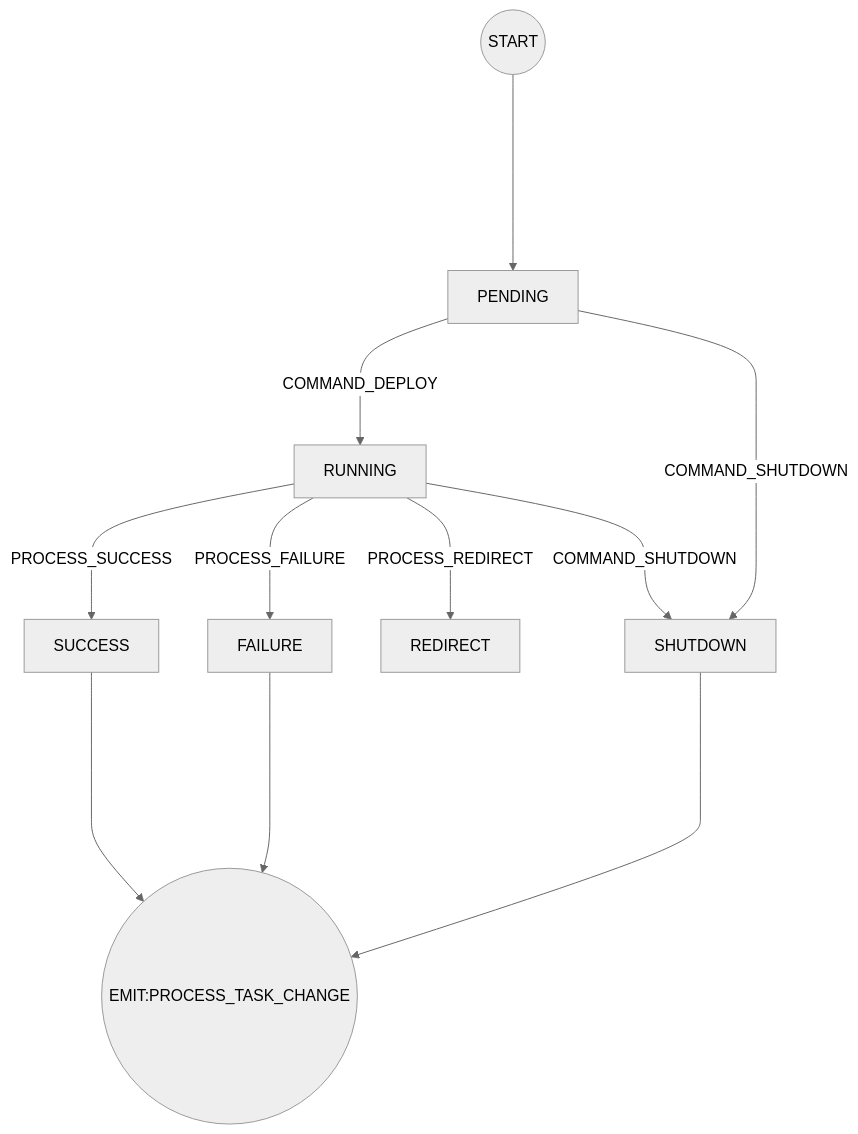
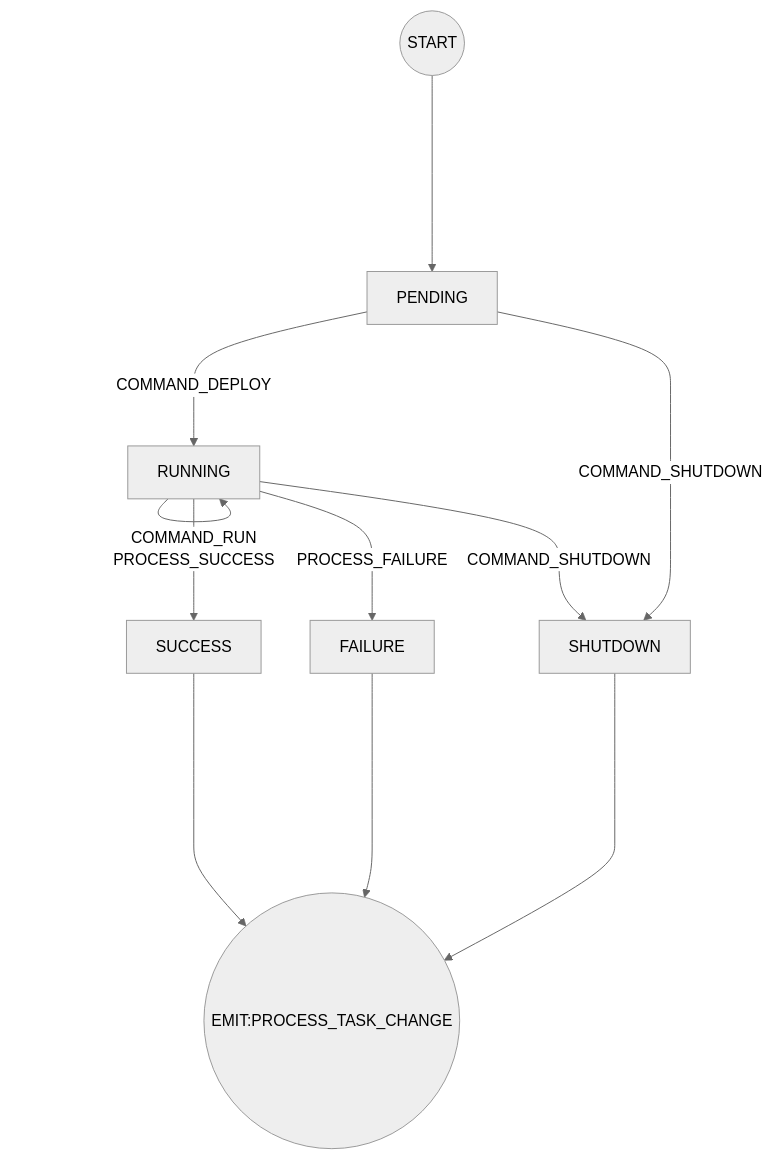
The third of 3 diagrams in docs/2025/zh/project/workflow/orchestration/design.md (kalencaya/docs), drawn with Mermaid (neutral theme) before and after one commit. The commit also changed other lines of this file, not shown here.

````diff
--- a/docs/2025/zh/project/workflow/orchestration/design.md
+++ b/docs/2025/zh/project/workflow/orchestration/design.md
@@ -173,13 +176,13 @@
 ```mermaid
 flowchart TD;
 		START((START)) -----> PENDING;
     PENDING -- COMMAND_DEPLOY ---> RUNNING;
+    RUNNING -- COMMAND_RUN ---> RUNNING;
     RUNNING -- PROCESS_SUCCESS ---> SUCCESS;
     RUNNING -- PROCESS_FAILURE ---> FAILURE;
-    RUNNING -- PROCESS_REDIRECT ---> REDIRECT;
     RUNNING -- COMMAND_SHUTDOWN ---> SHUTDOWN;
     PENDING -- COMMAND_SHUTDOWN ---> SHUTDOWN;
     SUCCESS -----> END((EMIT:PROCESS_TASK_CHANGE));
     FAILURE -----> END;
     SHUTDOWN -----> END;
 ```
````
